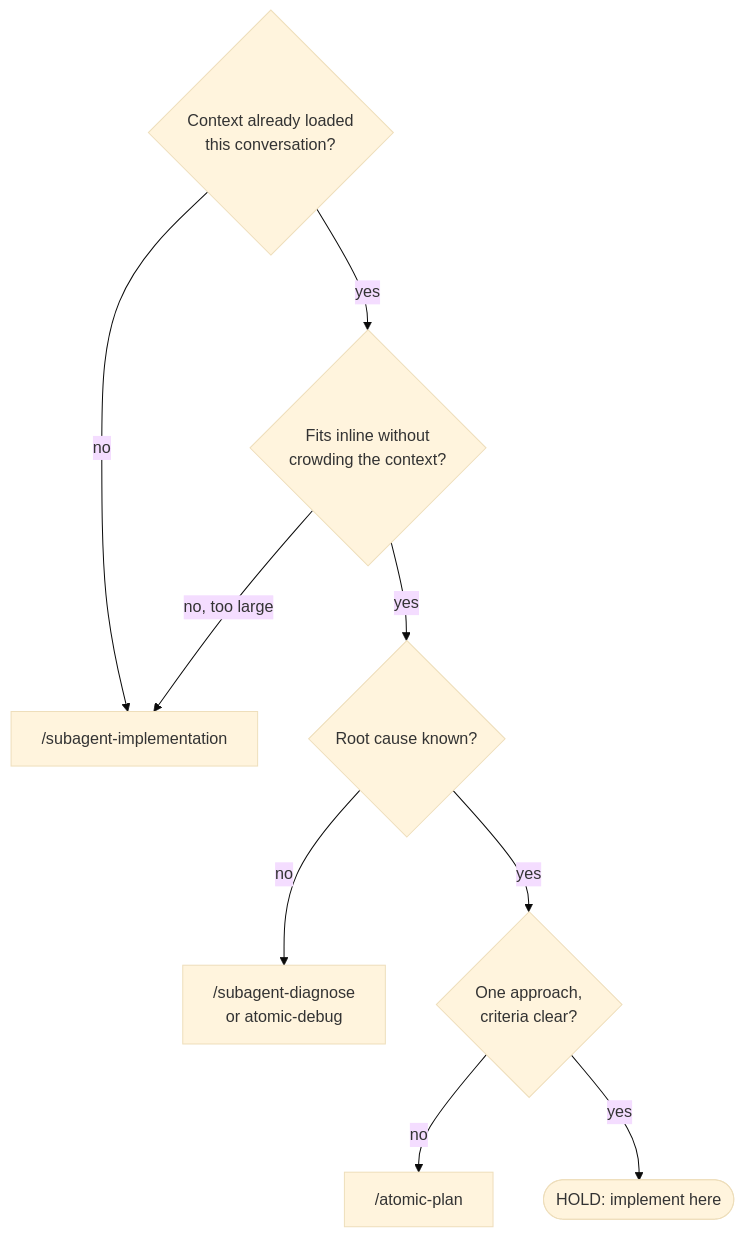
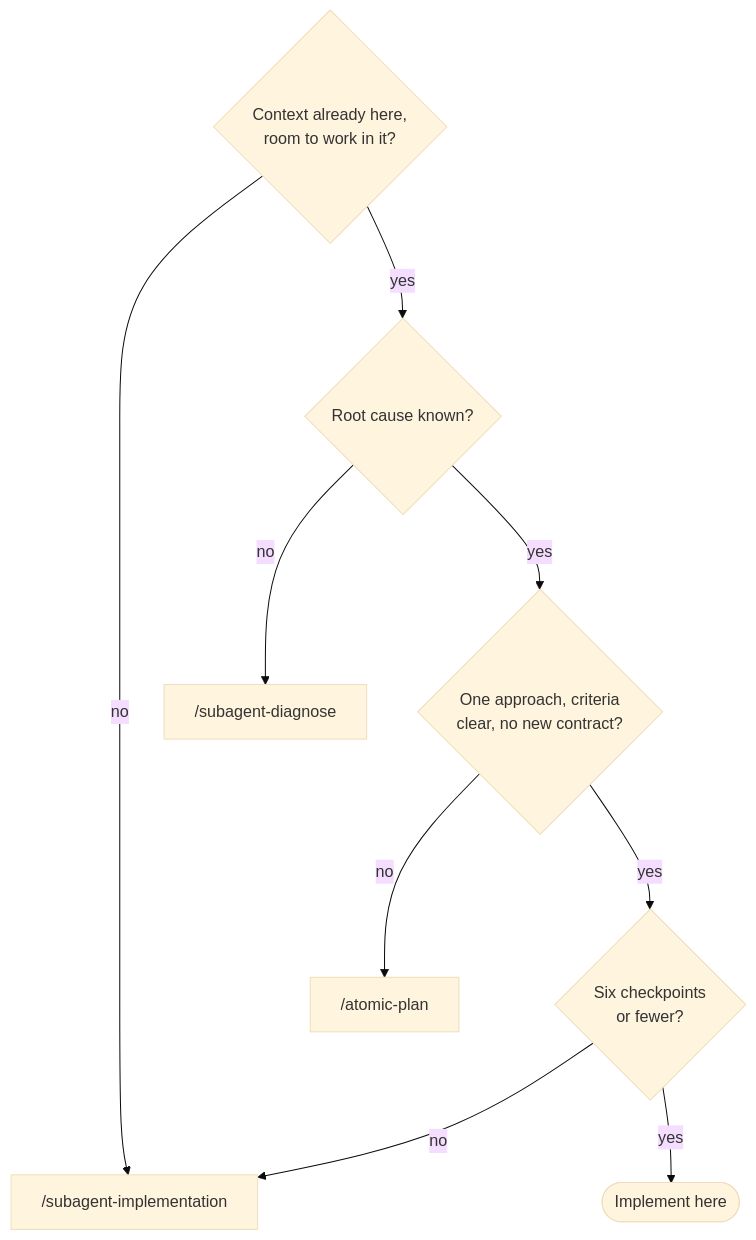
Before and after one commit to damusix/atomic-claude: the third of 13 diagrams in docs/wiki/workflow.md, drawn with Mermaid (base theme). The commit also changed other lines of this file and 19 other files, not shown here.

````diff
--- a/docs/wiki/workflow.md
+++ b/docs/wiki/workflow.md
@@ -92,11 +116,12 @@
 ```mermaid
 flowchart TD
-    Q1{"Context already loaded<br/>this conversation?"} -->|no| SI["/subagent-implementation"]
-    Q1 -->|yes| Q2{"Fits inline without<br/>crowding the context?"}
-    Q2 -->|no, too large| SI
-    Q2 -->|yes| Q3{"Root cause known?"}
-    Q3 -->|no| SD["/subagent-diagnose<br/>or atomic-debug"]
-    Q3 -->|yes| Q4{"One approach,<br/>criteria clear?"}
-    Q4 -->|no| AP["/atomic-plan"]
-    Q4 -->|yes| HOLD(["HOLD: implement here"])
+    %% source: context/commands/implement.md, context/_partials/handoff.md
+    Q1{"Context already here,<br/>room to work in it?"} -->|no| SI["/subagent-implementation"]
+    Q1 -->|yes| Q2{"Root cause known?"}
+    Q2 -->|no| SD["/subagent-diagnose"]
+    Q2 -->|yes| Q3{"One approach, criteria<br/>clear, no new contract?"}
+    Q3 -->|no| AP["/atomic-plan"]
+    Q3 -->|yes| Q4{"Six checkpoints<br/>or fewer?"}
+    Q4 -->|no| SI
+    Q4 -->|yes| HOLD(["Implement here"])
 ```
````
